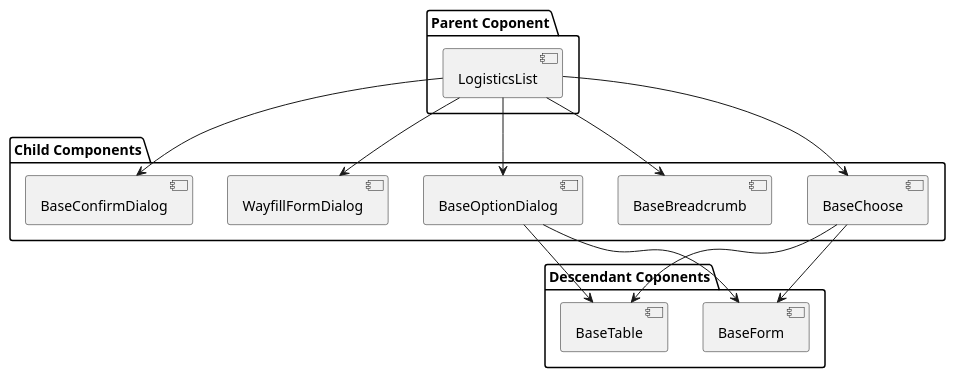
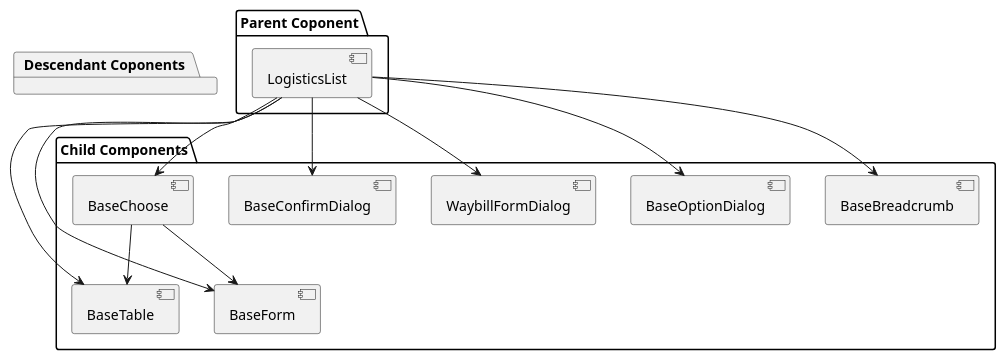
Before and after one commit to futurekidult/lis: the diagram in docs/component-design/logistics-list.puml, drawn with PlantUML. The commit also changed 2 other files, not shown here.

```diff
--- a/docs/component-design/logistics-list.puml
+++ b/docs/component-design/logistics-list.puml
@@ -1,30 +1,32 @@
 @startuml
 
 package "Parent Coponent" {
   [LogisticsList]
 }
 
 package "Child Components" {
+  [BaseTable]
+  [BaseForm]
   [BaseChoose]
   [BaseBreadcrumb]
   [BaseOptionDialog]
-  [WayfillFormDialog]
+  [WaybillFormDialog]
   [BaseConfirmDialog]
 }
 
 package "Descendant Coponents" {
   [BaseForm]
   [BaseTable]
 }
 
+[LogisticsList]             -->       [BaseForm]
+[LogisticsList]             -->       [BaseTable]
 [LogisticsList]             -->       [BaseChoose]
 [LogisticsList]             -->       [BaseBreadcrumb]
 [LogisticsList]             -->       [BaseOptionDialog]
-[LogisticsList]             -->       [WayfillFormDialog]
+[LogisticsList]             -->       [WaybillFormDialog]
 [LogisticsList]             -->       [BaseConfirmDialog]
 [BaseChoose]            -->       [BaseForm]
 [BaseChoose]            -->       [BaseTable]
-[BaseOptionDialog]  -->       [BaseForm]
-[BaseOptionDialog]  -->       [BaseTable]
 
 @enduml
```
